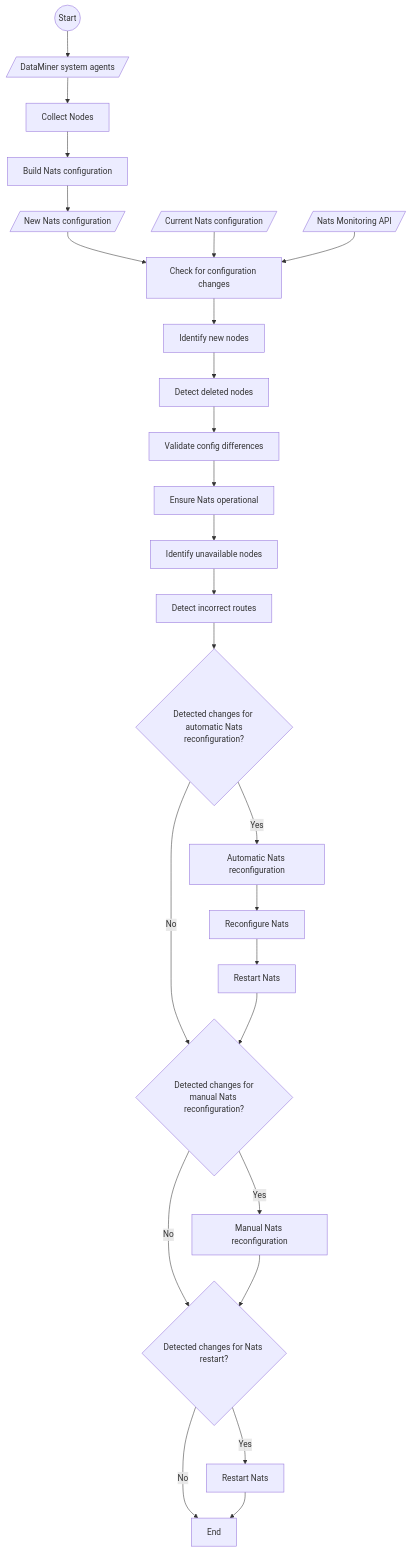
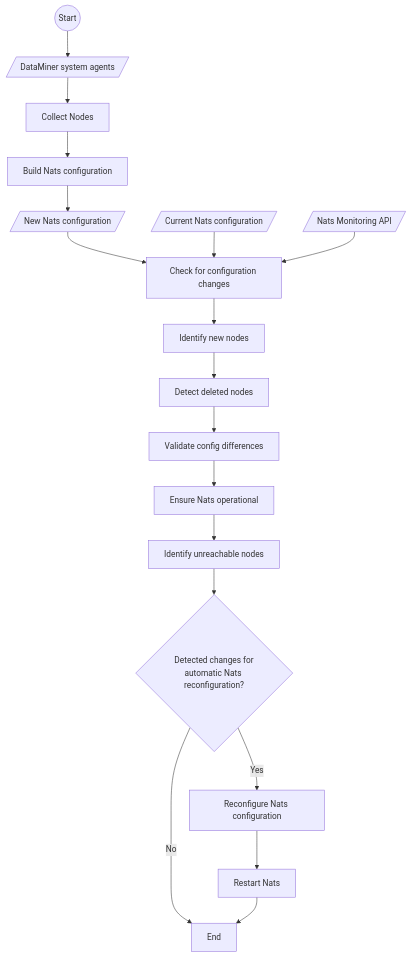
The second of 2 diagrams in user-guide/Reference/Technical_information/NatsCustodian.md (SkylineCommunications/dataminer-docs), drawn with Mermaid before and after one commit. The commit also changed other lines of this file, not shown here.

Commit message:
Fix comments

````diff
--- a/user-guide/Reference/Technical_information/NatsCustodian.md
+++ b/user-guide/Reference/Technical_information/NatsCustodian.md
@@ -46,28 +45,21 @@
 ```mermaid
 flowchart TD
-    Start((Start)) --> S1
-    S1[/DataMiner system agents/] --> S2
-    S2[Collect Nodes] --> S3
-    S3[Build Nats configuration] --> S4
-    S4[/New Nats configuration/] --> S5
-    S4A[/Current Nats configuration/] --> S5
-    S4B[/Nats Monitoring API/] --> S5
-    S5[Check for configuration changes] --> S6
-    S6[Identify new nodes] --> S7
-    S7[Detect deleted nodes] --> S8
-    S8[Validate config differences] --> S9
-    S9[Ensure Nats operational] --> S10
-    S10[Identify unavailable nodes] --> S11
-    S11[Detect incorrect routes] --> Q1
-    Q1{Detected changes for <br/> automatic Nats reconfiguration?} -->|Yes| A1
-    Q1 -->|No| Q2
-    A1[Automatic Nats reconfiguration] --> A1S1
-    A1S1[Reconfigure Nats] --> A1S2
-    A1S2[Restart Nats] --> Q2
-    Q2{Detected changes for<br/>manual Nats reconfiguration?} -->|Yes| A2
-    Q2 -->|No| Q3
-    A2[Manual Nats reconfiguration] --> Q3
-    Q3{Detected changes for Nats restart?} -->|No| End
-    Q3 -->|Yes| A3
-    A3[Restart Nats] --> End
+Start((Start)) --> S1
+S1[/DataMiner system agents/] --> S2
+S2[Collect Nodes] --> S3
+S3[Build Nats configuration] --> S4
+S4[/New Nats configuration/] --> S5
+S4A[/Current Nats configuration/] --> S5
+S4B[/Nats Monitoring API/] --> S5
+S5[Check for configuration changes] --> S6
+S6[Identify new nodes] --> S7
+S7[Detect deleted nodes] --> S8
+S8[Validate config differences] --> S9
+S9[Ensure Nats operational] --> S10
+S10[Identify unreachable nodes] --> Q1
+Q1{Detected changes for
+automatic Nats reconfiguration?} -->|Yes| A1
+Q1 -->|No| End
+A1[Reconfigure Nats configuration] --> A1S2
+A1S2[Restart Nats] --> End
 ```
````
